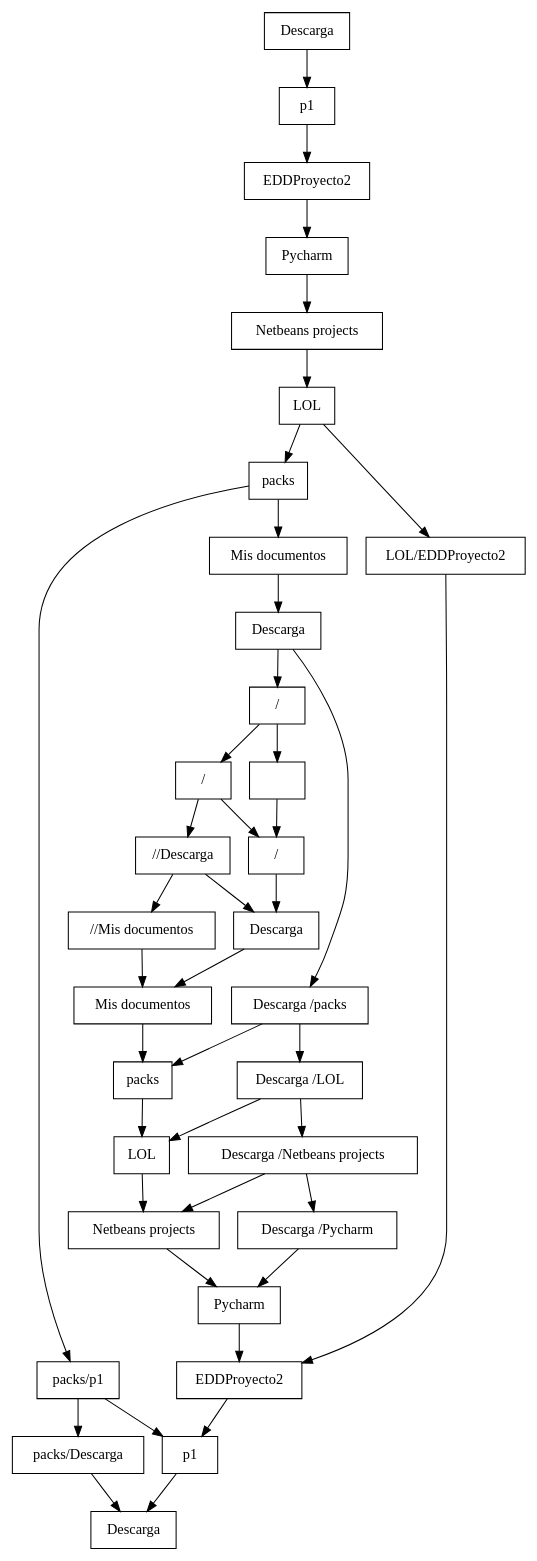
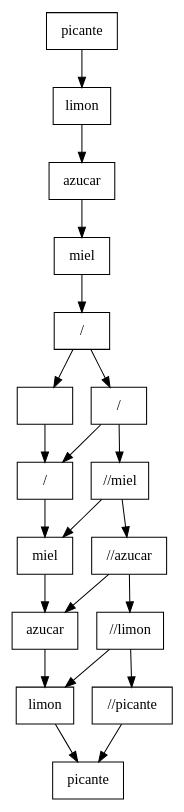
The diagram in Matriz.dot (Aranmarh/EDD_2S2019_PY2_201408507), drawn with Graphviz before and after one commit. The commit also changed 28 other files, not shown here.

```diff
--- a/Matriz.dot
+++ b/Matriz.dot
@@ -1,74 +1,39 @@
 digraph G{
 node [shape= record] 
 00[label=" " pos="0,0!"];
 00->10
 10[label="/ " pos="3,0!"];
 10->20
-20[label="Descarga  " pos="6,0!"];
+20[label="miel " pos="6,0!"];
 20->30
-30[label="Mis documentos " pos="9,0!"];
+30[label="azucar " pos="9,0!"];
 30->40
-40[label="packs " pos="12,0!"];
+40[label="limon " pos="12,0!"];
 40->50
-50[label="LOL " pos="15,0!"];
-50->60
-60[label="Netbeans projects " pos="18,0!"];
-60->70
-70[label="Pycharm " pos="21,0!"];
-70->80
-80[label="EDDProyecto2 " pos="24,0!"];
-80->90
-90[label="p1 " pos="27,0!"];
-90->100
-100[label="Descarga  " pos="30,0!"];
+50[label="picante " pos="15,0!"];
 01[label="/ " pos="0,-1!"];
 01->00
 01->11
 11[label="/ " pos="3,-1!"];
 11->10
 11->21
-21[label="//Descarga  " pos="6,-1!"];
+21[label="//miel " pos="6,-1!"];
 21->20
 21->31
-31[label="//Mis documentos " pos="9,-1!"];
+31[label="//azucar " pos="9,-1!"];
 31->30
-02[label="Descarga  " pos="0,-2!"];
+31->41
+41[label="//limon " pos="12,-1!"];
+41->40
+41->51
+51[label="//picante " pos="15,-1!"];
+51->50
+02[label="miel " pos="0,-2!"];
 02->01
-02->42
-42[label="Descarga /packs " pos="12,-2!"];
-42->40
-42->52
-52[label="Descarga /LOL " pos="15,-2!"];
-52->50
-52->62
-62[label="Descarga /Netbeans projects " pos="18,-2!"];
-62->60
-62->72
-72[label="Descarga /Pycharm " pos="21,-2!"];
-72->70
-03[label="Mis documentos " pos="0,-3!"];
+03[label="azucar " pos="0,-3!"];
 03->02
-04[label="packs " pos="0,-4!"];
+04[label="limon " pos="0,-4!"];
 04->03
-04->94
-94[label="packs/p1 " pos="27,-4!"];
-94->90
-94->104
-104[label="packs/Descarga  " pos="30,-4!"];
-104->100
-05[label="LOL " pos="0,-5!"];
+05[label="picante " pos="0,-5!"];
 05->04
-05->85
-85[label="LOL/EDDProyecto2 " pos="24,-5!"];
-85->80
-06[label="Netbeans projects " pos="0,-6!"];
-06->05
-07[label="Pycharm " pos="0,-7!"];
-07->06
-08[label="EDDProyecto2 " pos="0,-8!"];
-08->07
-09[label="p1 " pos="0,-9!"];
-09->08
-010[label="Descarga  " pos="0,-10!"];
-010->09
 }
```
